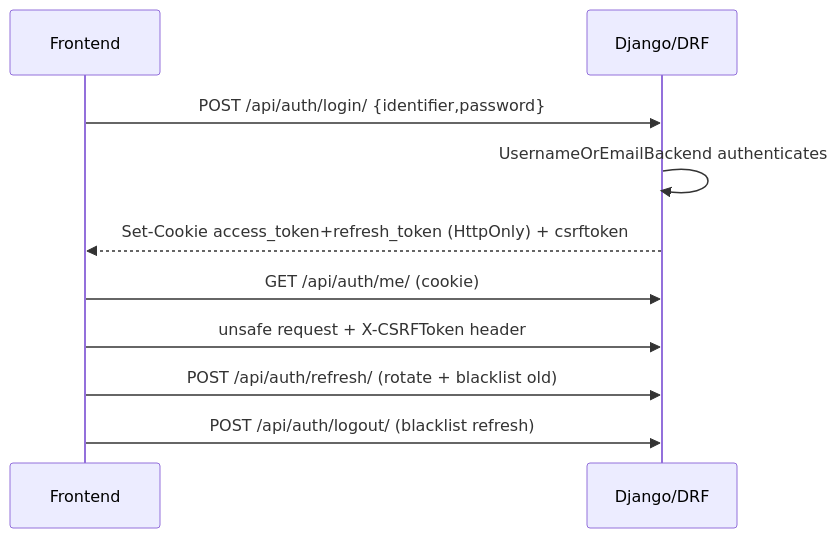
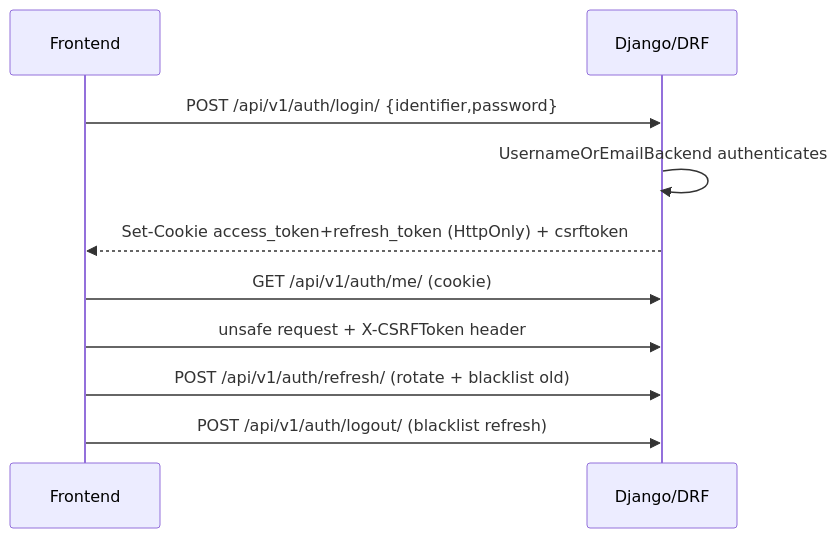
Before and after one commit to abdalrahmanshoshara-eng/platform-Services: the first of 2 diagrams in docs/CODEBASE_MAP.md, drawn with Mermaid. The commit also changed other lines of this file and 42 other files, not shown here.

````diff
--- a/docs/CODEBASE_MAP.md
+++ b/docs/CODEBASE_MAP.md
@@ -68,12 +68,12 @@
 ```mermaid
 sequenceDiagram
   participant FE as Frontend
   participant BE as Django/DRF
-  FE->>BE: POST /api/auth/login/ {identifier,password}
+  FE->>BE: POST /api/v1/auth/login/ {identifier,password}
   BE->>BE: UsernameOrEmailBackend authenticates
   BE-->>FE: Set-Cookie access_token+refresh_token (HttpOnly) + csrftoken
-  FE->>BE: GET /api/auth/me/ (cookie)
+  FE->>BE: GET /api/v1/auth/me/ (cookie)
   FE->>BE: unsafe request + X-CSRFToken header
-  FE->>BE: POST /api/auth/refresh/ (rotate + blacklist old)
-  FE->>BE: POST /api/auth/logout/ (blacklist refresh)
+  FE->>BE: POST /api/v1/auth/refresh/ (rotate + blacklist old)
+  FE->>BE: POST /api/v1/auth/logout/ (blacklist refresh)
 ```
````
